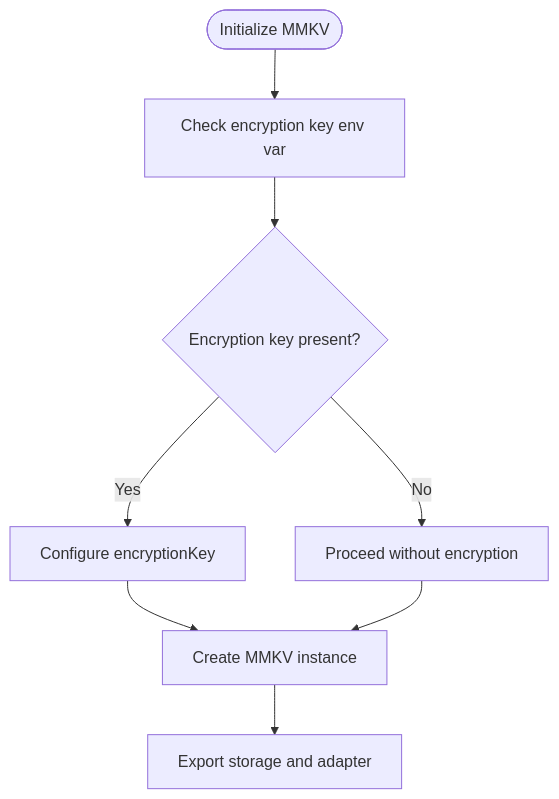
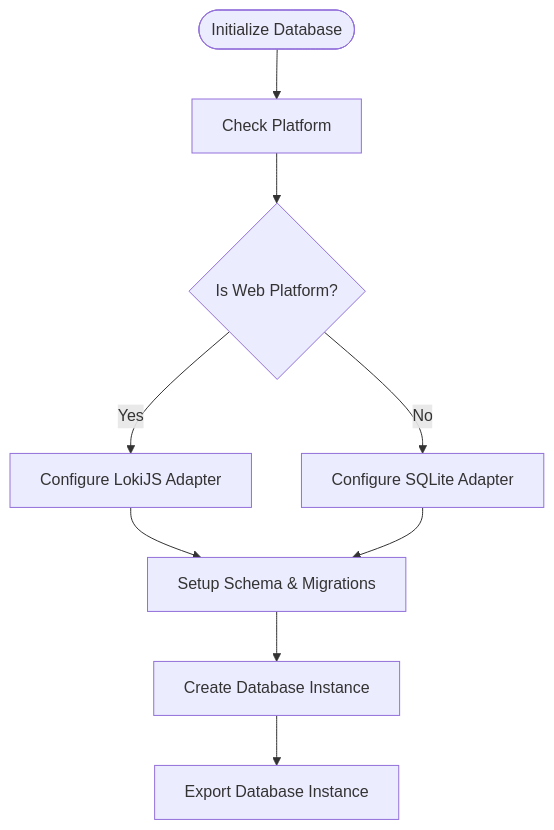
The third of 11 diagrams in .qoder/repowiki/en/content/State Management Architecture/Local Persistence with MMKV.md (karllasouzza/PowerLists), drawn with Mermaid before and after one commit. The commit also changed other lines of this file and 5 other files, not shown here.

````diff
--- a/.qoder/repowiki/en/content/State Management Architecture/Local Persistence with MMKV.md
+++ b/.qoder/repowiki/en/content/State Management Architecture/Local Persistence with MMKV.md
@@ -162,10 +159,11 @@
 ```mermaid
 flowchart TD
-Start(["Initialize MMKV"]) --> CheckKey["Check encryption key env var"]
-CheckKey --> HasKey{"Encryption key present?"}
-HasKey --> |Yes| WithKey["Configure encryptionKey"]
-HasKey --> |No| NoKey["Proceed without encryption"]
-WithKey --> Build["Create MMKV instance"]
-NoKey --> Build
-Build --> Export["Export storage and adapter"]
+Start(["Initialize Database"]) --> CheckPlatform["Check Platform"]
+CheckPlatform --> IsWeb{"Is Web Platform?"}
+IsWeb --> |Yes| UseLokiJS["Configure LokiJS Adapter"]
+IsWeb --> |No| UseSQLite["Configure SQLite Adapter"]
+UseLokiJS --> SetupSchema["Setup Schema & Migrations"]
+UseSQLite --> SetupSchema
+SetupSchema --> CreateDatabase["Create Database Instance"]
+CreateDatabase --> Export["Export Database Instance"]
 ```
````
